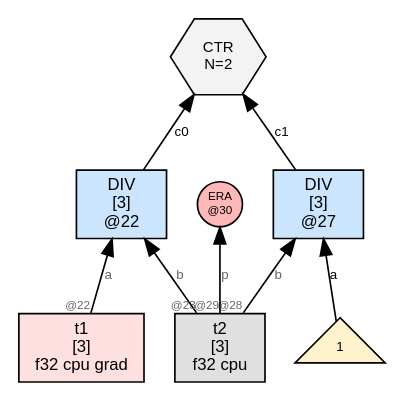
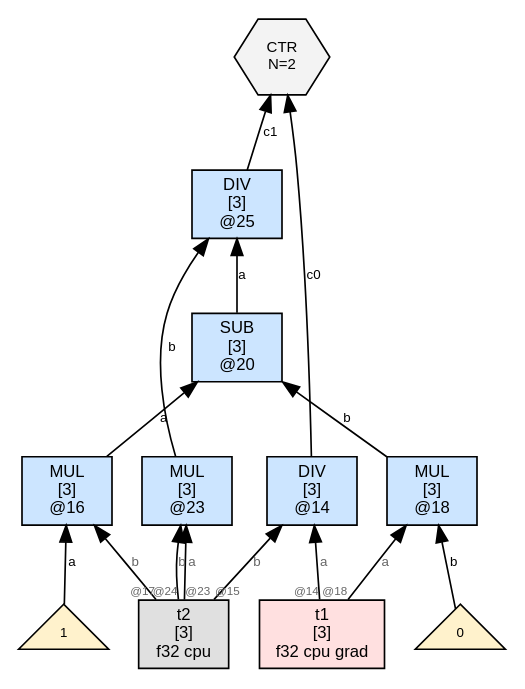
One commit to sw1sh/TinyHVM changed the diagram in wl/examples/thvm_graphs/grad_rules/div/thvm_1_post_reduce.dot. Above: the diagram before and after it, drawn with Graphviz. The commit also changed 210 other files, not shown here.

```diff
--- a/wl/examples/thvm_graphs/grad_rules/div/thvm_1_post_reduce.dot
+++ b/wl/examples/thvm_graphs/grad_rules/div/thvm_1_post_reduce.dot
@@ -1,20 +1,31 @@
 digraph G {
   rankdir=BT;
   node [fontname="Helvetica", fontsize=10, style=filled, shape=box, margin="0.1,0.05"];
   edge [fontsize=8, fontname="Helvetica"];
 
-  n22 [label="DIV\n[3]\n@22", shape=box, fillcolor="#cce5ff"];
+  n25 [label="DIV\n[3]\n@25", shape=box, fillcolor="#cce5ff"];
+  n20 -> n25 [label="a"];
+  n23 -> n25 [label="b"];
+  n14 [label="DIV\n[3]\n@14", shape=box, fillcolor="#cce5ff"];
   t1 [label="t1\n[3]\nf32 cpu grad",shape=box,fillcolor="#ffe0e0"];
-  t1 -> n22 [label="a",taillabel="@22",labelfontsize=7,fontcolor="#666666"];
+  t1 -> n14 [label="a",taillabel="@14",labelfontsize=7,fontcolor="#666666"];
   t2 [label="t2\n[3]\nf32 cpu",shape=box,fillcolor="#e0e0e0"];
-  t2 -> n22 [label="b",taillabel="@23",labelfontsize=7,fontcolor="#666666"];
-  n27 [label="DIV\n[3]\n@27", shape=box, fillcolor="#cce5ff"];
-  num27_0 [label="1",shape=triangle,fillcolor="#fff2cc",fontsize=8];
-  num27_0 -> n27 [label="a"];
-  t2 -> n27 [label="b",taillabel="@28",labelfontsize=7,fontcolor="#666666"];
-  ctr20 [label="CTR\nN=2", shape=hexagon, fillcolor="#f3f3f3", fontsize=9];
-  n22 -> ctr20 [label="c0"];
-  n27 -> ctr20 [label="c1"];
-  era30 [label="ERA\n@30",shape=circle,width=0.38,height=0.38,fixedsize=true,fillcolor="#ffb8b8",fontsize=7];
-  t2 -> era30 [label="p",taillabel="@29",labelfontsize=7,fontcolor="#666666"];
+  t2 -> n14 [label="b",taillabel="@15",labelfontsize=7,fontcolor="#666666"];
+  ctr6 [label="CTR\nN=2", shape=hexagon, fillcolor="#f3f3f3", fontsize=9];
+  n14 -> ctr6 [label="c0"];
+  n25 -> ctr6 [label="c1"];
+  n16 [label="MUL\n[3]\n@16", shape=box, fillcolor="#cce5ff"];
+  num16_0 [label="1",shape=triangle,fillcolor="#fff2cc",fontsize=8];
+  num16_0 -> n16 [label="a"];
+  t2 -> n16 [label="b",taillabel="@17",labelfontsize=7,fontcolor="#666666"];
+  n18 [label="MUL\n[3]\n@18", shape=box, fillcolor="#cce5ff"];
+  t1 -> n18 [label="a",taillabel="@18",labelfontsize=7,fontcolor="#666666"];
+  num18_1 [label="0",shape=triangle,fillcolor="#fff2cc",fontsize=8];
+  num18_1 -> n18 [label="b"];
+  n20 [label="SUB\n[3]\n@20", shape=box, fillcolor="#cce5ff"];
+  n16 -> n20 [label="a"];
+  n18 -> n20 [label="b"];
+  n23 [label="MUL\n[3]\n@23", shape=box, fillcolor="#cce5ff"];
+  t2 -> n23 [label="a",taillabel="@23",labelfontsize=7,fontcolor="#666666"];
+  t2 -> n23 [label="b",taillabel="@24",labelfontsize=7,fontcolor="#666666"];
 }
```
